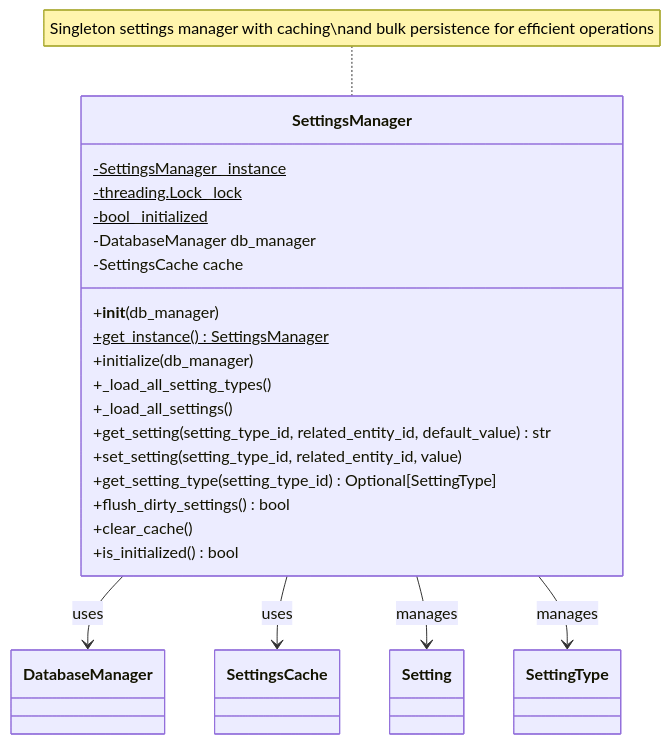
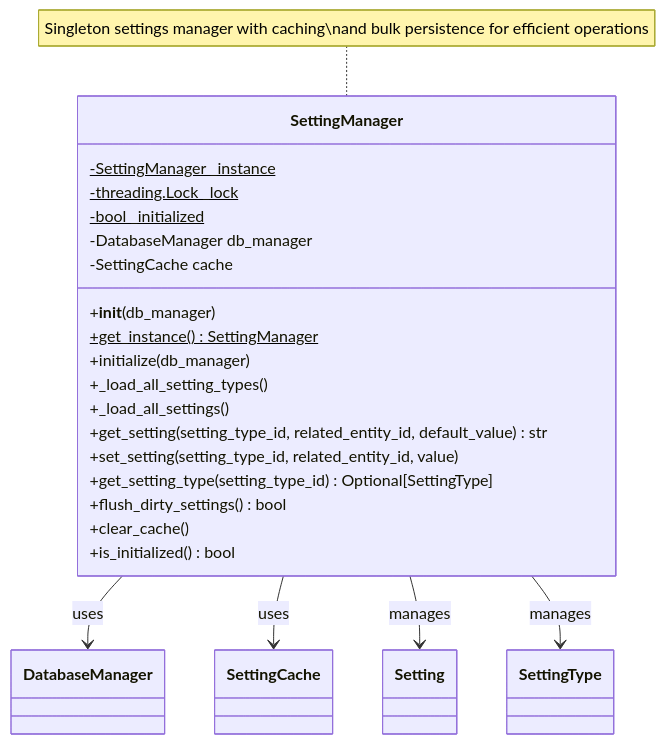
Before and after one commit to SeanAdams10/AITypingTrainer: the diagram in ClassDiagrams/settings_manager_dgm.md, drawn with Mermaid. The commit also changed 19 other files, not shown here.

````diff
--- a/ClassDiagrams/settings_manager_dgm.md
+++ b/ClassDiagrams/settings_manager_dgm.md
@@ -3,28 +3,28 @@
 ```mermaid
 classDiagram
-    class SettingsManager {
-        -SettingsManager _instance$
+    class SettingManager {
+        -SettingManager _instance$
         -threading.Lock _lock$
         -bool _initialized$
         -DatabaseManager db_manager
-        -SettingsCache cache
+        -SettingCache cache
         +__init__(db_manager)
-        +get_instance()$ SettingsManager
+        +get_instance()$ SettingManager
         +initialize(db_manager)
         +_load_all_setting_types()
         +_load_all_settings()
         +get_setting(setting_type_id, related_entity_id, default_value) str
         +set_setting(setting_type_id, related_entity_id, value)
         +get_setting_type(setting_type_id) Optional[SettingType]
         +flush_dirty_settings() bool
         +clear_cache()
         +is_initialized() bool
     }
 
-    SettingsManager --> DatabaseManager : uses
-    SettingsManager --> SettingsCache : uses
-    SettingsManager --> Setting : manages
-    SettingsManager --> SettingType : manages
+    SettingManager --> DatabaseManager : uses
+    SettingManager --> SettingCache : uses
+    SettingManager --> Setting : manages
+    SettingManager --> SettingType : manages
 
-    note for SettingsManager "Singleton settings manager with caching\nand bulk persistence for efficient operations"
+    note for SettingManager "Singleton settings manager with caching\nand bulk persistence for efficient operations"
 ```
````
